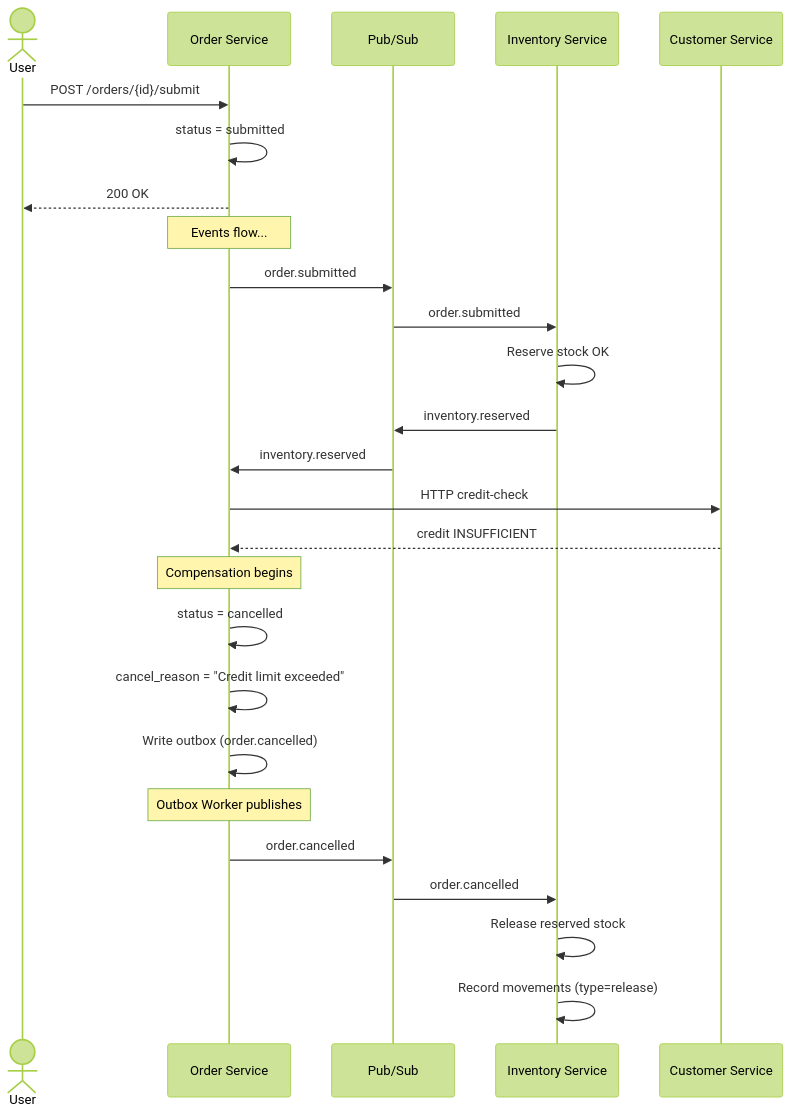
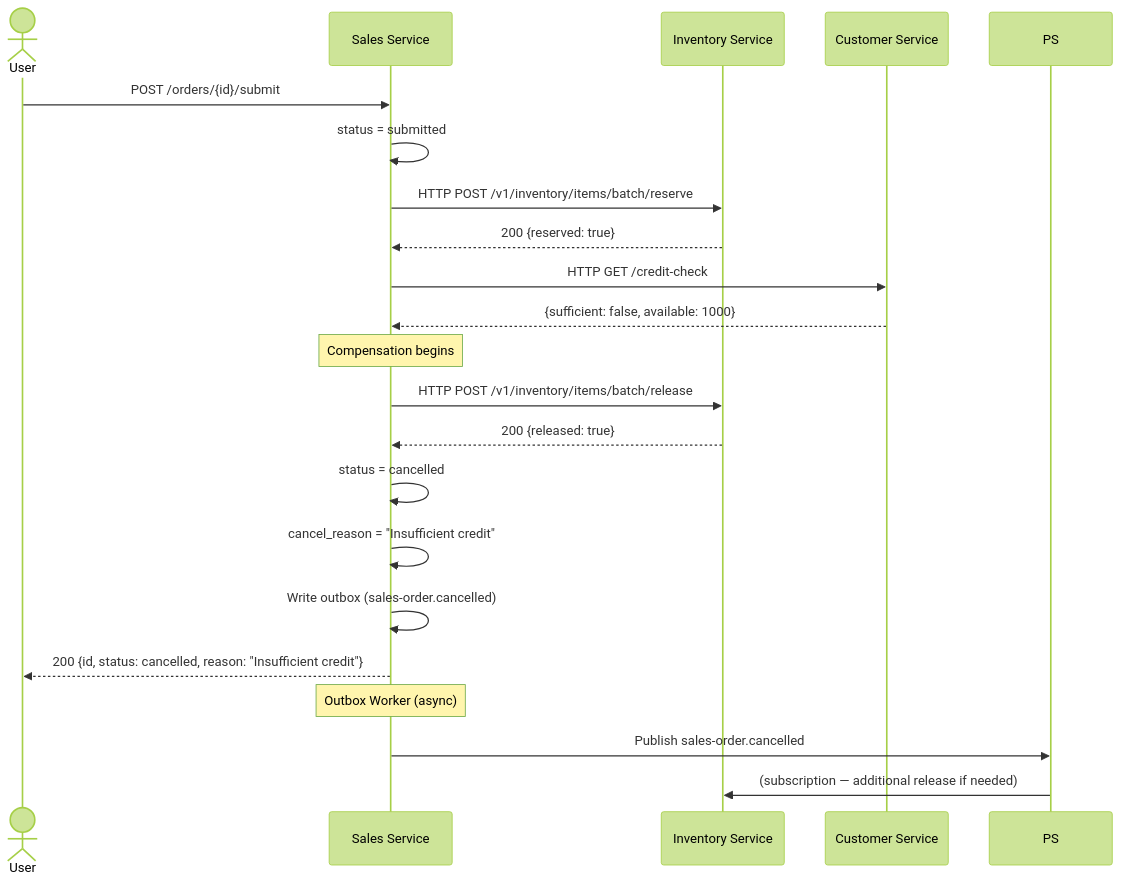
One commit to ndmthuan97/ERP-Prototype-Example changed the fourth of 5 diagrams in docs/architecture/event-flows.md. Above: the diagram before and after it, drawn with Mermaid (forest theme). The commit also changed other lines of this file and 160 other files, not shown here.

Commit message:
feat: initialize ERP prototype project architecture, backend microservices, and frontend foundations with extensive documentation

````diff
--- a/docs/architecture/event-flows.md
+++ b/docs/architecture/event-flows.md
@@ -349,34 +356,29 @@
 ```mermaid
 sequenceDiagram
     actor User
-    participant Order as Order Service
-    participant PS as Pub/Sub
-    participant Inv as Inventory Service
-    participant Cust as Customer Service
+    participant SO as Sales Service
+    participant INV as Inventory Service
+    participant CUS as Customer Service
 
-    User->>Order: POST /orders/{id}/submit
-    Order->>Order: status = submitted
-    Order-->>User: 200 OK
+    User->>SO: POST /orders/{id}/submit
+    SO->>SO: status = submitted
 
-    Note over Order: Events flow...
-    Order->>PS: order.submitted
-    PS->>Inv: order.submitted
-    Inv->>Inv: Reserve stock OK
-    Inv->>PS: inventory.reserved
-    PS->>Order: inventory.reserved
+    SO->>INV: HTTP POST /v1/inventory/items/batch/reserve
+    INV-->>SO: 200 {reserved: true}
 
-    Order->>Cust: HTTP credit-check
-    Cust-->>Order: credit INSUFFICIENT
+    SO->>CUS: HTTP GET /credit-check
+    CUS-->>SO: {sufficient: false, available: 1000}
 
-    Note over Order: Compensation begins
-    Order->>Order: status = cancelled
-    Order->>Order: cancel_reason = "Credit limit exceeded"
-    Order->>Order: Write outbox (order.cancelled)
+    Note over SO: Compensation begins
+    SO->>INV: HTTP POST /v1/inventory/items/batch/release
+    INV-->>SO: 200 {released: true}
 
-    Note over Order: Outbox Worker publishes
-    Order->>PS: order.cancelled
+    SO->>SO: status = cancelled
+    SO->>SO: cancel_reason = "Insufficient credit"
+    SO->>SO: Write outbox (sales-order.cancelled)
+    SO-->>User: 200 {id, status: cancelled, reason: "Insufficient credit"}
 
-    PS->>Inv: order.cancelled
-    Inv->>Inv: Release reserved stock
-    Inv->>Inv: Record movements (type=release)
+    Note over SO: Outbox Worker (async)
+    SO->>PS: Publish sales-order.cancelled
+    PS->>INV: (subscription — additional release if needed)
 ```
````
